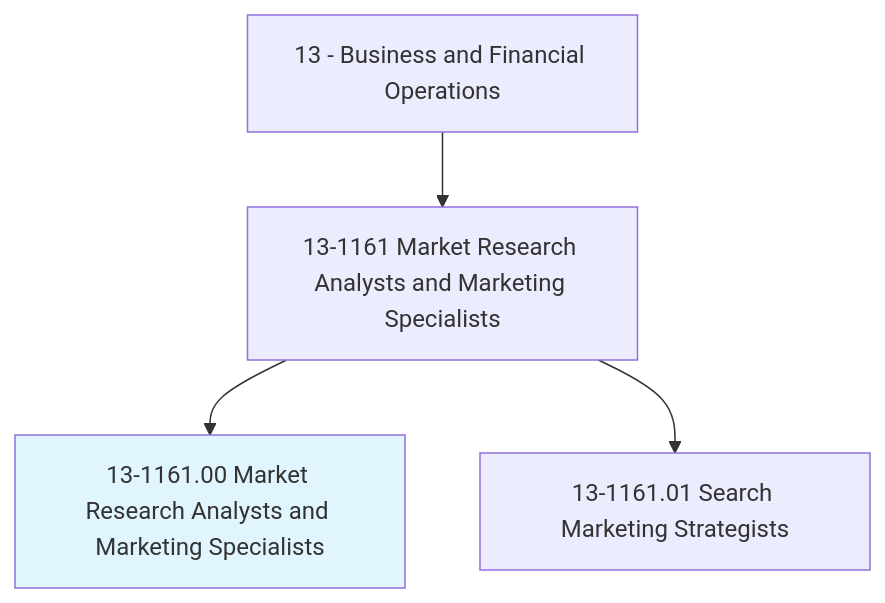
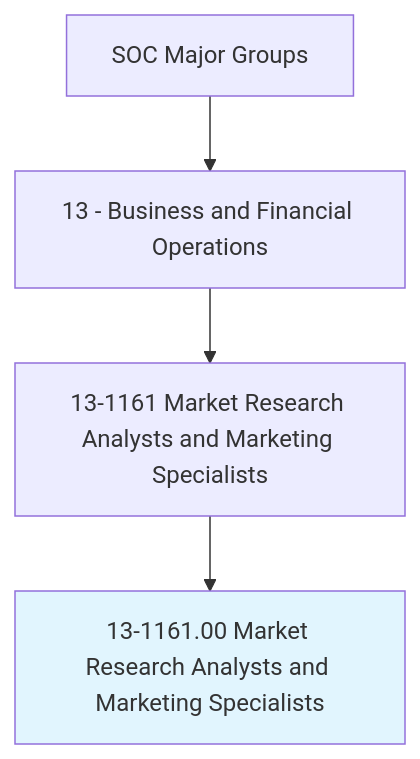
One commit to kziemski/business.org.ai changed the first of 4 diagrams in occupations/Business/MarketResearchAnalystsAndMarketingSpecialists.mdx. Above: the diagram before and after it, drawn with Mermaid. The commit also changed other lines of this file and 938 other files, not shown here.

````diff
--- a/occupations/Business/MarketResearchAnalystsAndMarketingSpecialists.mdx
+++ b/occupations/Business/MarketResearchAnalystsAndMarketingSpecialists.mdx
@@ -19,7 +25,7 @@
 ```mermaid
 graph TD
-    Cat13["13 - Business and Financial Operations"] --> Group131161["13-1161 Market Research Analysts and Marketing Specialists"]
-    Group131161 --> Current["13-1161.00 Market Research Analysts and Marketing Specialists"]
+    SOC["SOC Major Groups"] --> Cat13["13 - Business and Financial Operations"]
+    Cat13 --> G131161["13-1161 Market Research Analysts and Marketing Specialists"]
+    G131161 --> Current["13-1161.00 Market Research Analysts and Marketing Specialists"]
     style Current fill:#e1f5fe
-    Group131161 --> V13116101["13-1161.01 Search Marketing Strategists"]
 ```
````
